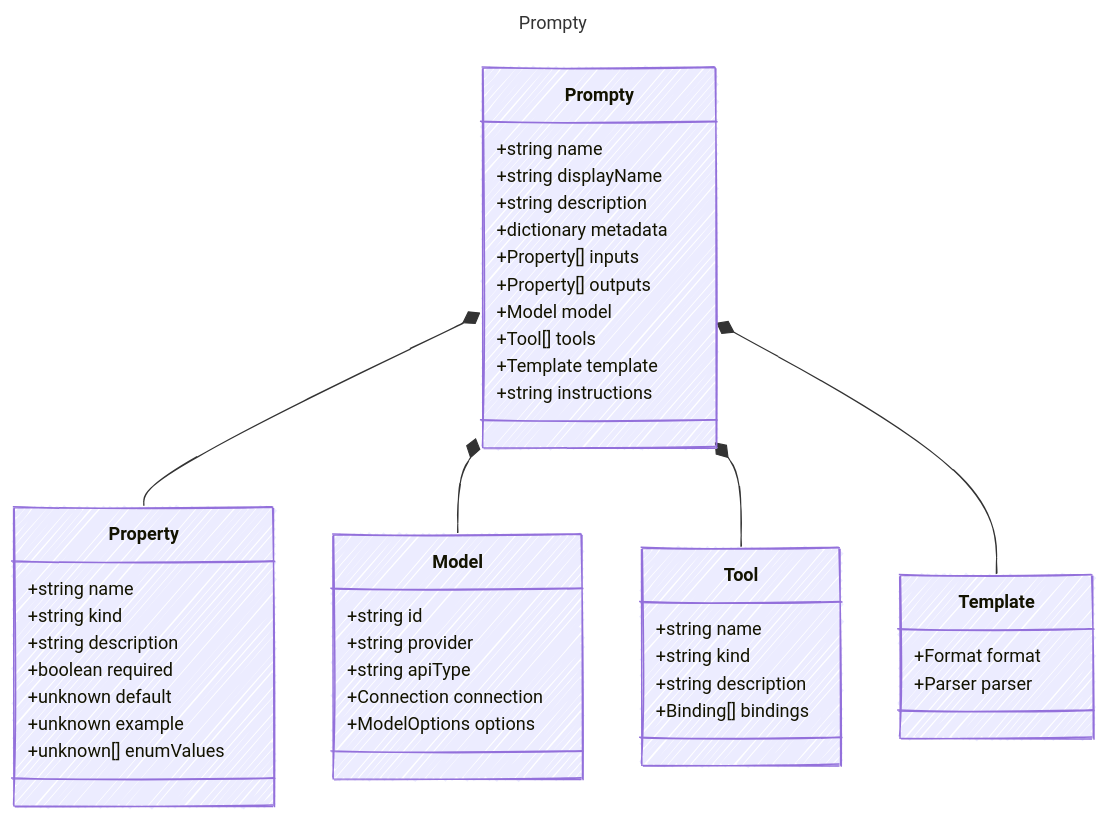
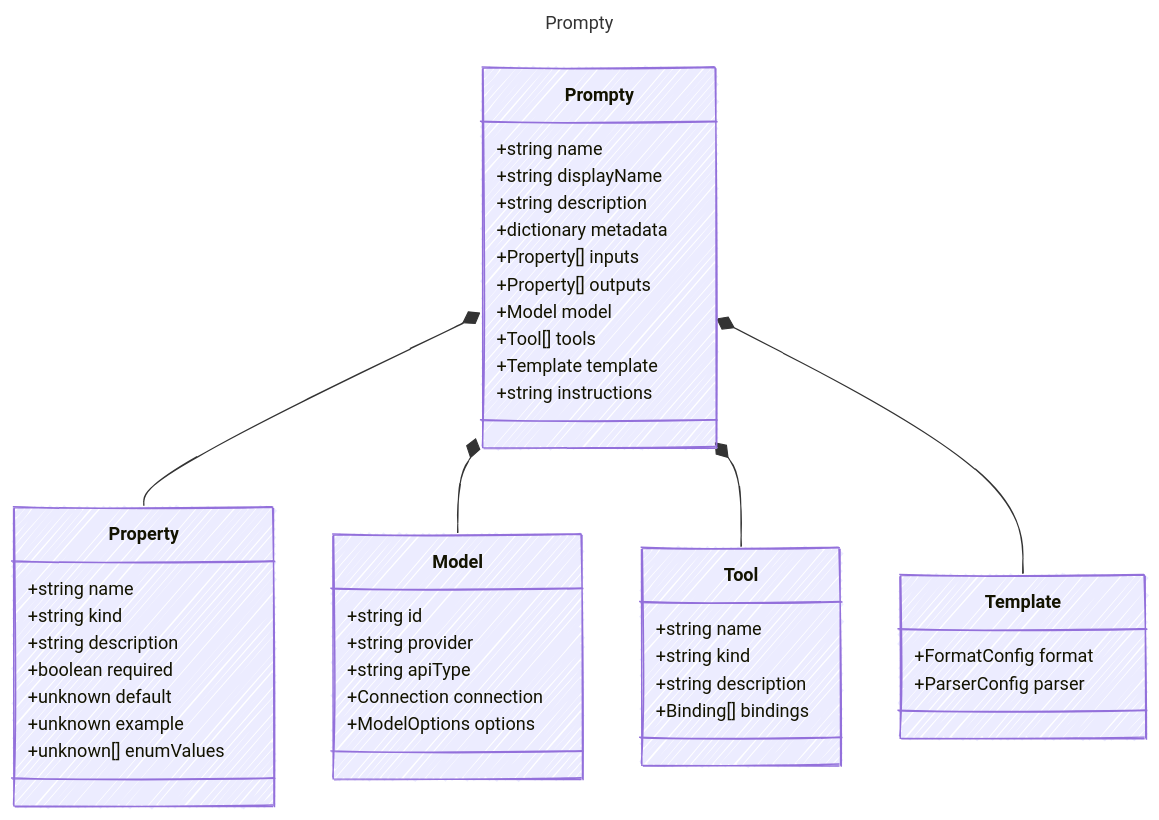
The diagram in web/src/content/docs/reference/Prompty.md (microsoft/prompty), drawn with Mermaid before and after one commit. The commit also changed other lines of this file and 133 other files, not shown here.

````diff
--- a/web/src/content/docs/reference/Prompty.md
+++ b/web/src/content/docs/reference/Prompty.md
@@ -16,54 +16,54 @@
 ```mermaid
 ---
 title: Prompty
 config:
   look: handDrawn
   theme: colorful
   class:
     hideEmptyMembersBox: true
 ---
 classDiagram
     class Prompty {
       
         +string name
         +string displayName
         +string description
         +dictionary metadata
         +Property[] inputs
         +Property[] outputs
         +Model model
         +Tool[] tools
         +Template template
         +string instructions
     }
     class Property {
         +string name
         +string kind
         +string description
         +boolean required
         +unknown default
         +unknown example
         +unknown[] enumValues
     }
     Prompty *-- Property
     class Model {
         +string id
         +string provider
         +string apiType
         +Connection connection
         +ModelOptions options
     }
     Prompty *-- Model
     class Tool {
         +string name
         +string kind
         +string description
         +Binding[] bindings
     }
     Prompty *-- Tool
     class Template {
-        +Format format
-        +Parser parser
+        +FormatConfig format
+        +ParserConfig parser
     }
     Prompty *-- Template
 ```
````
